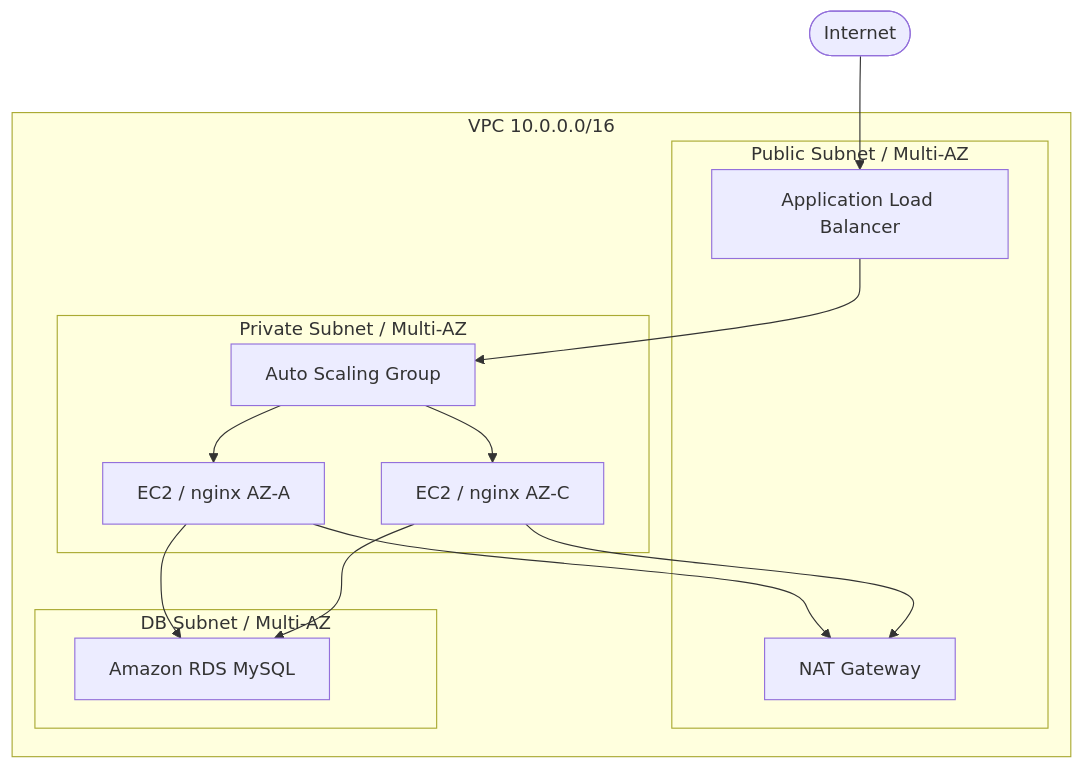
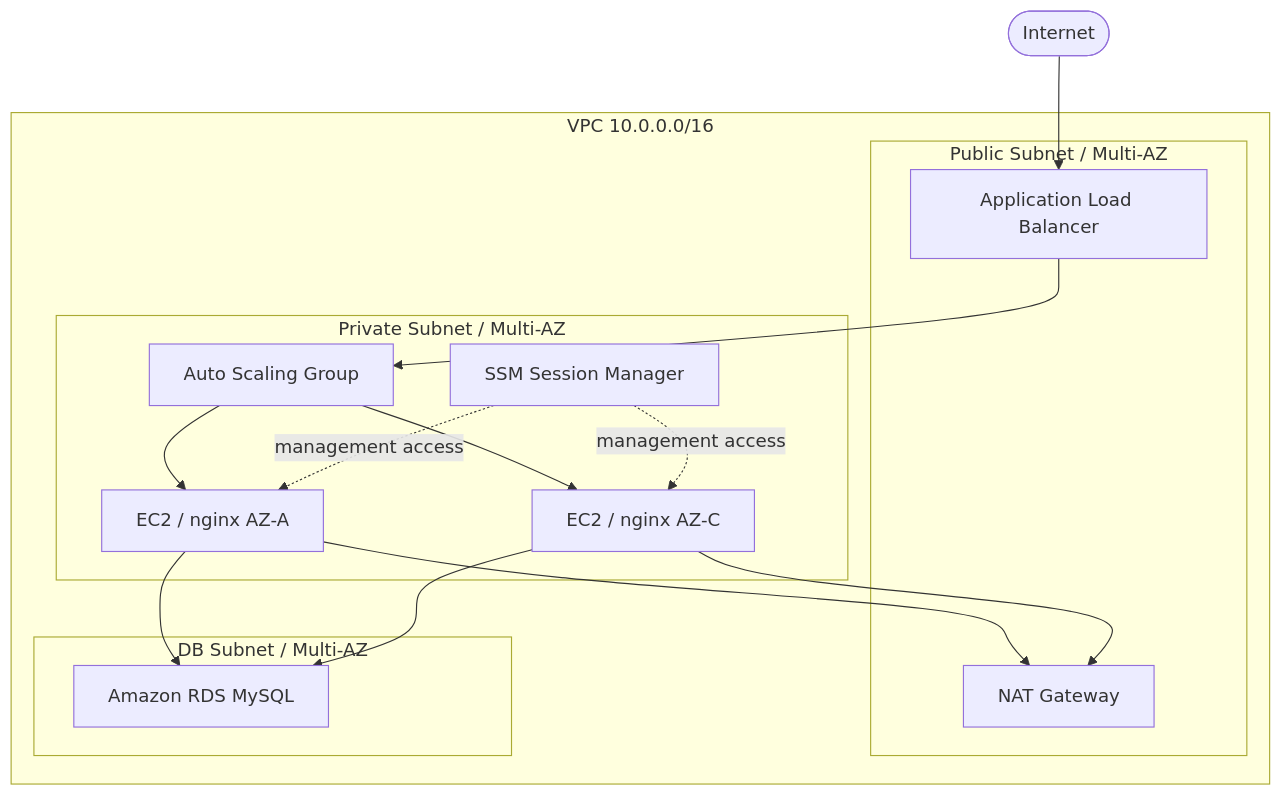
The diagram in README.md (YDTNK/terraform-aws-lab), drawn with Mermaid before and after one commit. The commit also changed other lines of this file, not shown here.

Commit message:
Update README for SSM and security improvements

````diff
--- a/README.md
+++ b/README.md
@@ -19,30 +22,33 @@
-```mermaid
+~~~mermaid
 flowchart TB
     internet([Internet])
 
     subgraph vpc["VPC 10.0.0.0/16"]
         subgraph public["Public Subnet / Multi-AZ"]
             alb["Application Load Balancer"]
             nat["NAT Gateway"]
         end
 
         subgraph private["Private Subnet / Multi-AZ"]
             asg["Auto Scaling Group"]
             ec2a["EC2 / nginx AZ-A"]
             ec2c["EC2 / nginx AZ-C"]
+            ssm["SSM Session Manager"]
         end
 
         subgraph db["DB Subnet / Multi-AZ"]
             rds["Amazon RDS MySQL"]
         end
     end
 
     internet --> alb
     alb --> asg
     asg --> ec2a
     asg --> ec2c
     ec2a --> rds
     ec2c --> rds
     ec2a --> nat
     ec2c --> nat
-```
+    ssm -. management access .-> ec2a
+    ssm -. management access .-> ec2c
+~~~
````
